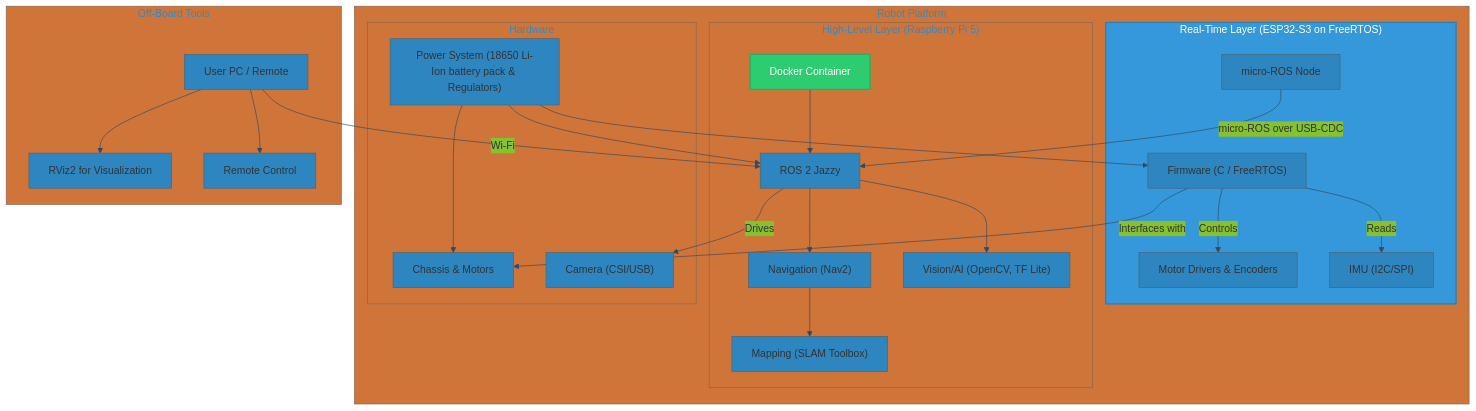
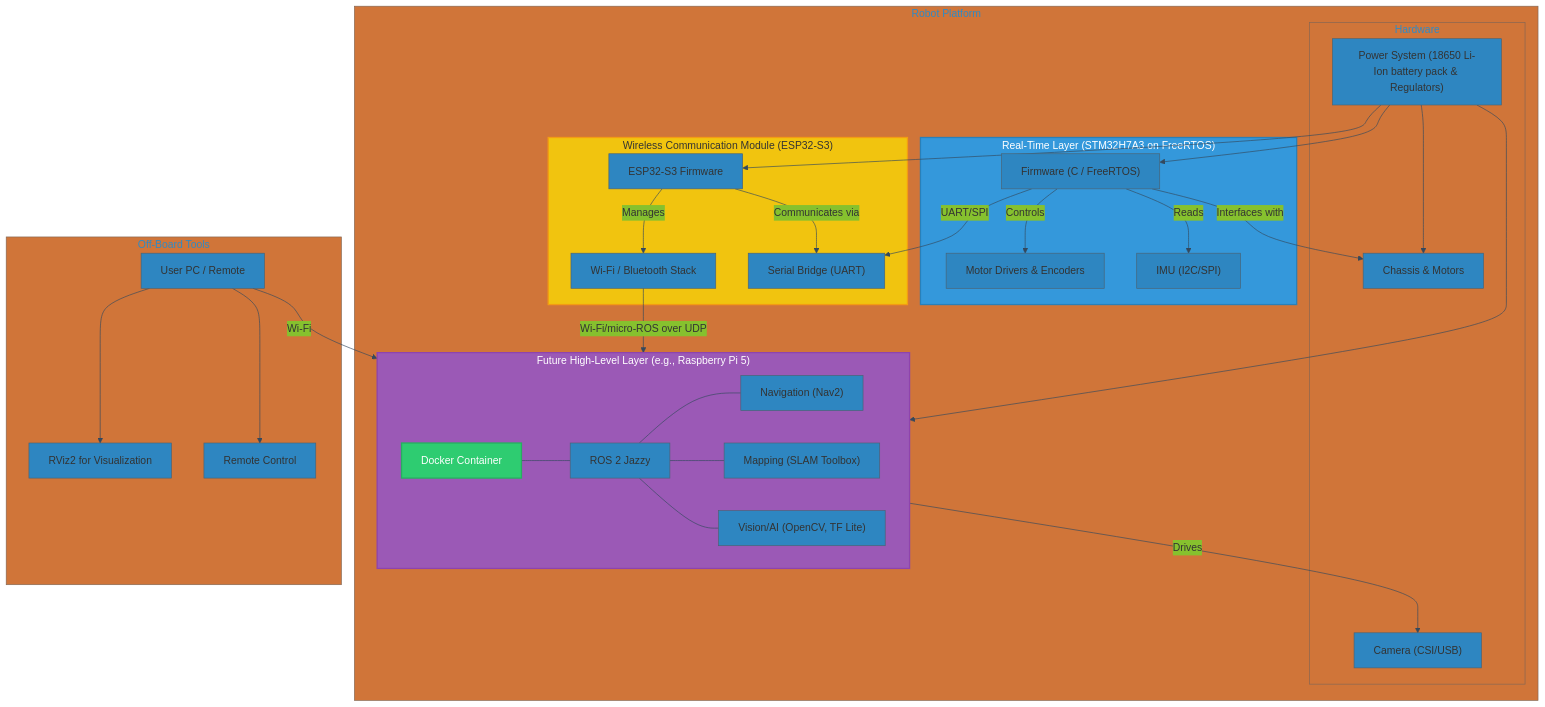
One commit to exysta/TheFirstBorn_Robot changed the diagram in README.md. Above: the diagram before and after it, drawn with Mermaid. The commit also changed other lines of this file, not shown here.

Commit message:
Revise README for STM32H7A3 integration

`````diff
--- a/README.md
+++ b/README.md
@@ -55,49 +61,63 @@
 ```mermaid
 %%{init: {"theme": "base", "themeVariables": {"primaryColor": "#2E86C1", "lineColor": "#34495E", "textColor": "#212F3D"}}}%%
 graph TD
     subgraph Robot_Platform["Robot Platform"]
-        subgraph RTL["Real-Time Layer (ESP32-S3 on FreeRTOS)"]
-            FIRMWARE["Firmware (C / FreeRTOS)"]
-            MICROS["micro-ROS Node"]
-            DRIVERS["Motor Drivers & Encoders"]
-            IMU["IMU (I2C/SPI)"]
-            FIRMWARE -->|Controls| DRIVERS
-            FIRMWARE -->|Reads| IMU
+        subgraph RTL["Real-Time Layer (STM32H7A3 on FreeRTOS)"]
+            FIRMWARE_STM["Firmware (C / FreeRTOS)"]
+            DRIVERS_STM["Motor Drivers & Encoders"]
+            IMU_STM["IMU (I2C/SPI)"]
+            FIRMWARE_STM -->|Controls| DRIVERS_STM
+            FIRMWARE_STM -->|Reads| IMU_STM
         end
 
-        subgraph HLL["High-Level Layer (Raspberry Pi 5)"]
+        subgraph WCM["Wireless Communication Module (ESP32-S3)"]
+            ESP_FW["ESP32-S3 Firmware"]
+            WIFI_BT["Wi-Fi / Bluetooth Stack"]
+            SERIAL_BRIDGE["Serial Bridge (UART)"]
+            ESP_FW -->|Manages| WIFI_BT
+            ESP_FW -->|Communicates via| SERIAL_BRIDGE
+        end
+
+        subgraph HLL_FUTURE["Future High-Level Layer (e.g., Raspberry Pi 5)"]
+            direction LR
             DOCKER_CONTAINER["Docker Container"]
             ROS2["ROS 2 Jazzy"]
             NAV2["Navigation (Nav2)"]
             SLAM["Mapping (SLAM Toolbox)"]
             VISION["Vision/AI (OpenCV, TF Lite)"]
-            DOCKER_CONTAINER --> ROS2 --> NAV2 --> SLAM
-            ROS2 --> VISION
+            DOCKER_CONTAINER --- ROS2
+            ROS2 --- NAV2
+            ROS2 --- SLAM
+            ROS2 --- VISION
         end
 
         subgraph HW["Hardware"]
             POWER["Power System (18650 Li-Ion battery pack & Regulators)"]
             CHASSIS["Chassis & Motors"]
             CAMERA["Camera (CSI/USB)"]
         end
 
-        MICROS -->|micro-ROS over USB-CDC| ROS2
-        ROS2 -->|Drives| CAMERA
-        FIRMWARE -->|Interfaces with| CHASSIS
-        POWER --> FIRMWARE
-        POWER --> ROS2
+        FIRMWARE_STM -->|UART/SPI| SERIAL_BRIDGE
+        WIFI_BT -->|Wi-Fi/micro-ROS over UDP| ROS2
+        FIRMWARE_STM -->|Interfaces with| CHASSIS
+        POWER --> FIRMWARE_STM
+        POWER --> ESP_FW
         POWER --> CHASSIS
+        POWER --> HLL_FUTURE
+        HLL_FUTURE -->|Drives| CAMERA
     end
 
     subgraph Off_Board["Off-Board Tools"]
         USER_PC["User PC / Remote"]
         RVIZ["RViz2 for Visualization"]
         TELEOP["Remote Control"]
         USER_PC -->|Wi-Fi| ROS2
         USER_PC --> RVIZ
         USER_PC --> TELEOP
     end
 
     style DOCKER_CONTAINER fill:#2ECC71,stroke:#27AE60,stroke-width:2px,color:#fff
     style RTL fill:#3498DB,stroke:#2980B9,stroke-width:2px,color:#fff
-````
+    style WCM fill:#F1C40F,stroke:#F39C12,stroke-width:2px,color:#333
+    style HLL_FUTURE fill:#9B59B6,stroke:#8E44AD,stroke-width:2px,color:#fff
+```
`````
